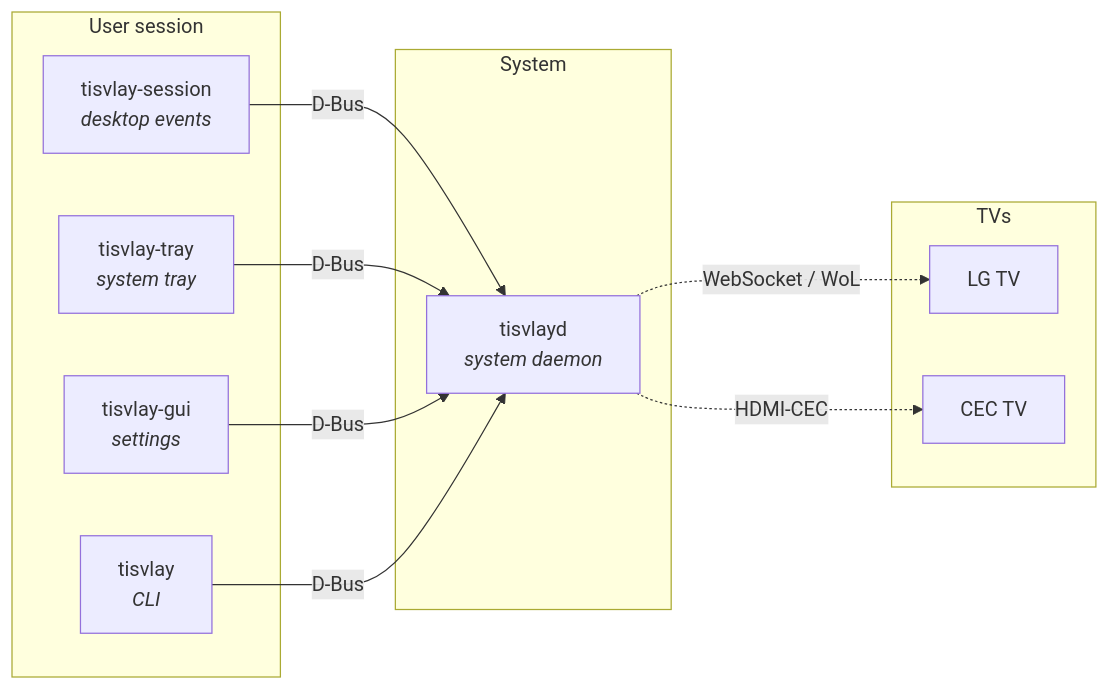
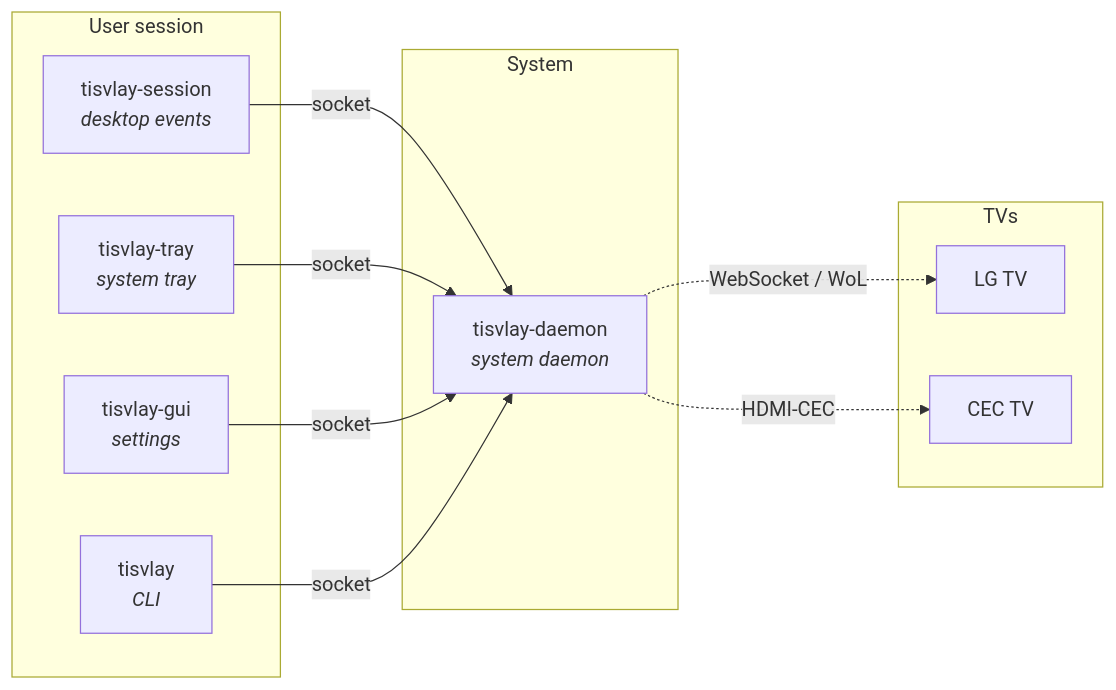
The diagram in docs/book/src/introduction.md (TisVlay/TisVlay), drawn with Mermaid before and after one commit. The commit also changed other lines of this file and 4 other files, not shown here.

````diff
--- a/docs/book/src/introduction.md
+++ b/docs/book/src/introduction.md
@@ -32,25 +35,25 @@
 ```mermaid
 graph LR
     subgraph User session
         Session["tisvlay-session<br/><i>desktop events</i>"]
         Tray["tisvlay-tray<br/><i>system tray</i>"]
         Gui["tisvlay-gui<br/><i>settings</i>"]
         Cli["tisvlay<br/><i>CLI</i>"]
     end
 
     subgraph System
-        Daemon["tisvlayd<br/><i>system daemon</i>"]
+        Daemon["tisvlay-daemon<br/><i>system daemon</i>"]
     end
 
     subgraph TVs
         TV1["LG TV"]
         TV2["CEC TV"]
     end
 
-    Session -->|D-Bus| Daemon
-    Tray -->|D-Bus| Daemon
-    Gui -->|D-Bus| Daemon
-    Cli -->|D-Bus| Daemon
+    Session -->|socket| Daemon
+    Tray -->|socket| Daemon
+    Gui -->|socket| Daemon
+    Cli -->|socket| Daemon
     Daemon -.->|WebSocket / WoL| TV1
     Daemon -.->|HDMI-CEC| TV2
 ```
````
